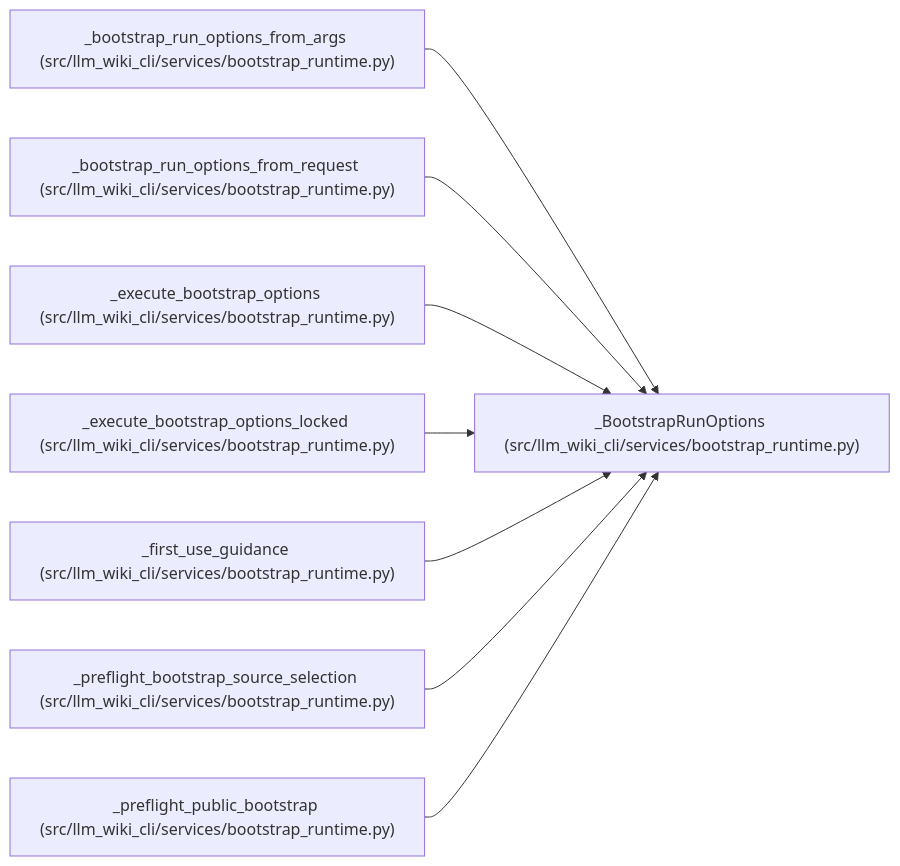
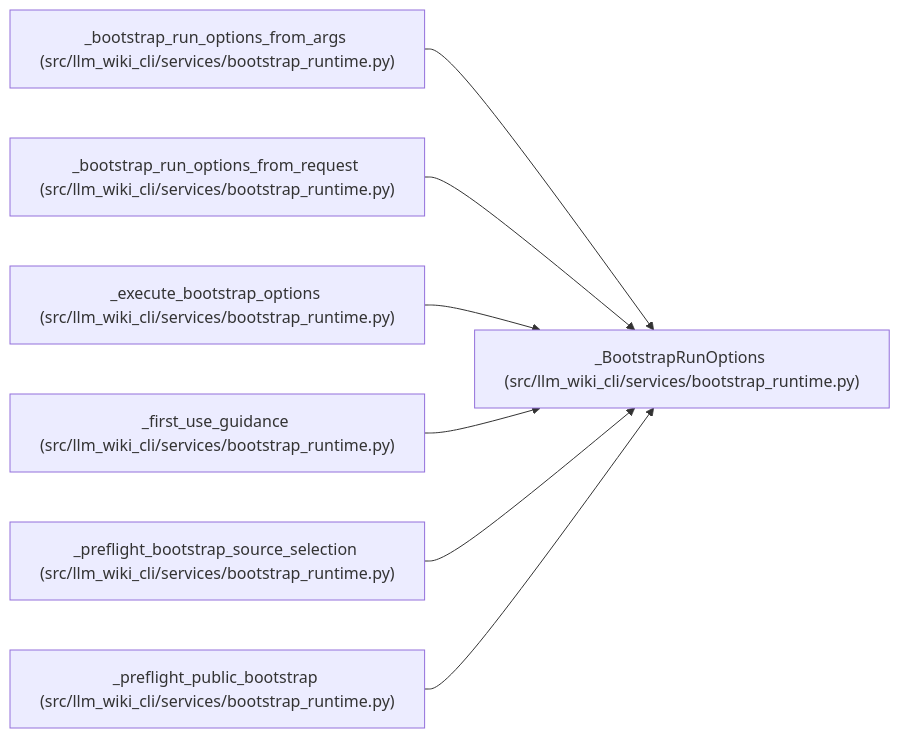
Before and after one commit to Denissvgn/python-wiki-llm: the diagram in docs/llm_wiki/entities/BootstrapRunOptions.md, drawn with Mermaid. The commit also changed other lines of this file and 303 other files, not shown here.

Commit message:
docs: refresh wiki for bootstrap recovery and helper validation

````diff
--- a/docs/llm_wiki/entities/BootstrapRunOptions.md
+++ b/docs/llm_wiki/entities/BootstrapRunOptions.md
@@ -48,26 +48,23 @@
 ```mermaid
 flowchart LR
     n0["_BootstrapRunOptions (src/llm_wiki_cli/services/bootstrap_runtime.py)"]
     n1["_bootstrap_run_options_from_args (src/llm_wiki_cli/services/bootstrap_runtime.py)"]
     n2["_bootstrap_run_options_from_request (src/llm_wiki_cli/services/bootstrap_runtime.py)"]
     n3["_execute_bootstrap_options (src/llm_wiki_cli/services/bootstrap_runtime.py)"]
-    n4["_execute_bootstrap_options_locked (src/llm_wiki_cli/services/bootstrap_runtime.py)"]
-    n5["_first_use_guidance (src/llm_wiki_cli/services/bootstrap_runtime.py)"]
-    n6["_preflight_bootstrap_source_selection (src/llm_wiki_cli/services/bootstrap_runtime.py)"]
-    n7["_preflight_public_bootstrap (src/llm_wiki_cli/services/bootstrap_runtime.py)"]
+    n4["_first_use_guidance (src/llm_wiki_cli/services/bootstrap_runtime.py)"]
+    n5["_preflight_bootstrap_source_selection (src/llm_wiki_cli/services/bootstrap_runtime.py)"]
+    n6["_preflight_public_bootstrap (src/llm_wiki_cli/services/bootstrap_runtime.py)"]
     n1 --> n0
     n2 --> n0
     n3 --> n0
     n4 --> n0
     n5 --> n0
     n6 --> n0
-    n7 --> n0
     click n0 "../modules/bootstrap_runtime.md"
     click n1 "../modules/bootstrap_runtime.md"
     click n2 "../modules/bootstrap_runtime.md"
     click n3 "../modules/bootstrap_runtime.md"
     click n4 "../modules/bootstrap_runtime.md"
     click n5 "../modules/bootstrap_runtime.md"
     click n6 "../modules/bootstrap_runtime.md"
-    click n7 "../modules/bootstrap_runtime.md"
 ```
````
